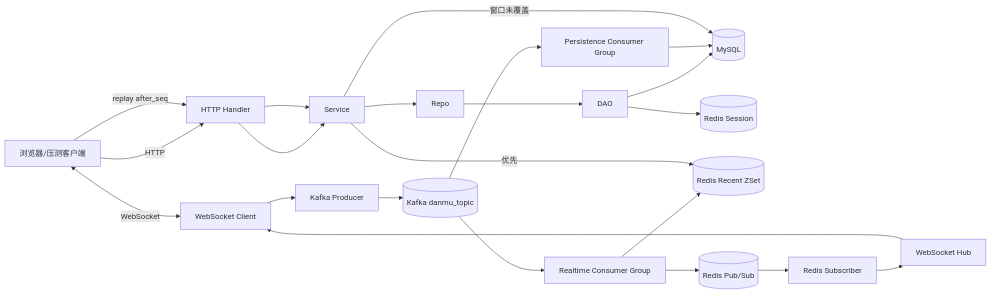
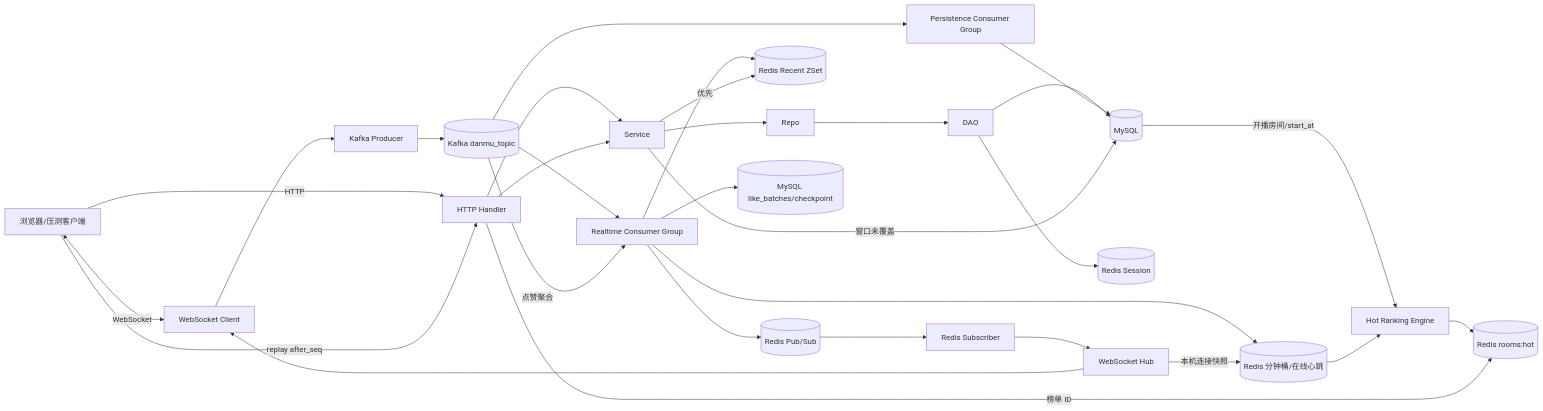
Before and after one commit to Lectuce/live-stream: the diagram in docs/deep-dive/2026-09-02-live-stream-project-review.md, drawn with Mermaid. The commit also changed other lines of this file and 26 other files, not shown here.

Commit message:
like_new_hot

```diff
--- a/docs/deep-dive/2026-09-02-live-stream-project-review.md
+++ b/docs/deep-dive/2026-09-02-live-stream-project-review.md
@@ -130,31 +143,41 @@
 ~~~mermaid
 flowchart LR
     U[浏览器/压测客户端]
     H[HTTP Handler]
     S[Service]
     R[Repo]
     D[DAO]
     M[(MySQL)]
     RS[(Redis Session)]
     W[WebSocket Client]
     KP[Kafka Producer]
     K[(Kafka danmu_topic)]
     RC[Realtime Consumer Group]
     PC[Persistence Consumer Group]
     Z[(Redis Recent ZSet)]
     P[(Redis Pub/Sub)]
     SUB[Redis Subscriber]
     HUB[WebSocket Hub]
+    LB[(MySQL like_batches/checkpoint)]
+    HM[(Redis 分钟桶/在线心跳)]
+    HR[Hot Ranking Engine]
+    HZ[(Redis rooms:hot)]
 
     U -->|HTTP| H --> S --> R --> D
     D --> M
     D --> RS
     U <-->|WebSocket| W --> KP --> K
     K --> RC --> Z
     RC --> P --> SUB --> HUB --> W
     K --> PC --> M
+    K -->|点赞聚合| RC --> LB
+    RC --> HM
+    HUB -->|本机连接快照| HM
+    M -->|开播房间/start_at| HR
+    HM --> HR --> HZ
+    H -->|榜单 ID| HZ
     U -->|replay after_seq| H
     H --> S
     S -->|优先| Z
     S -->|窗口未覆盖| M
 ~~~
```
